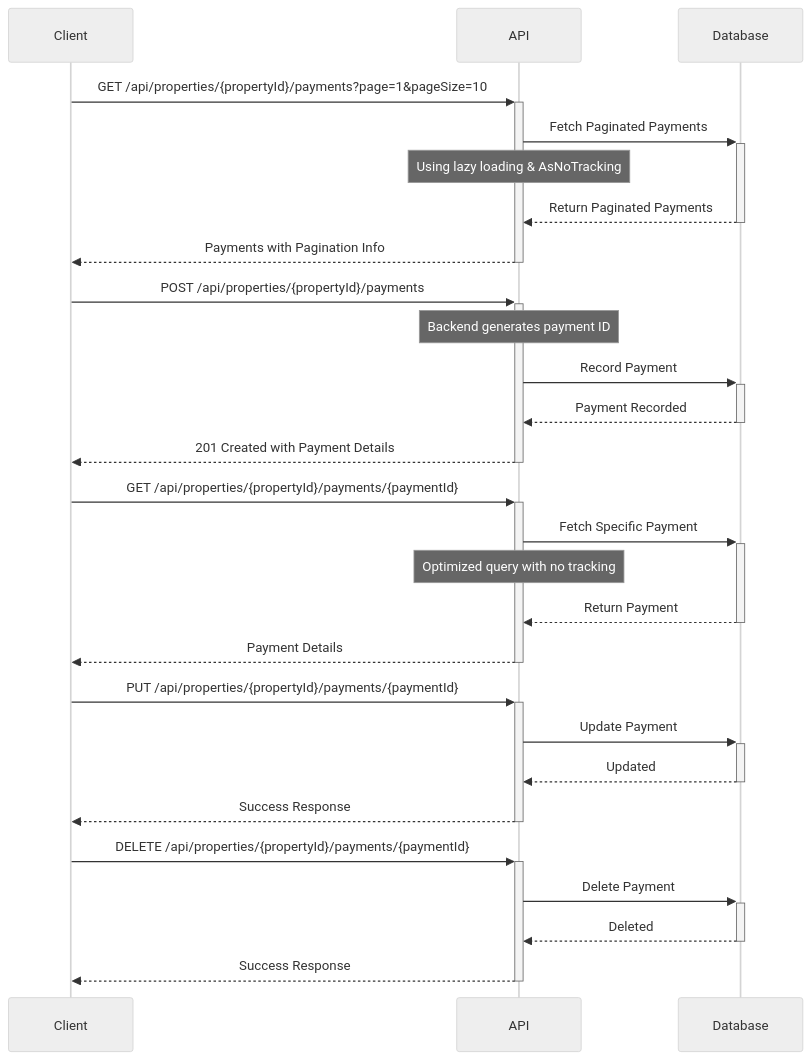
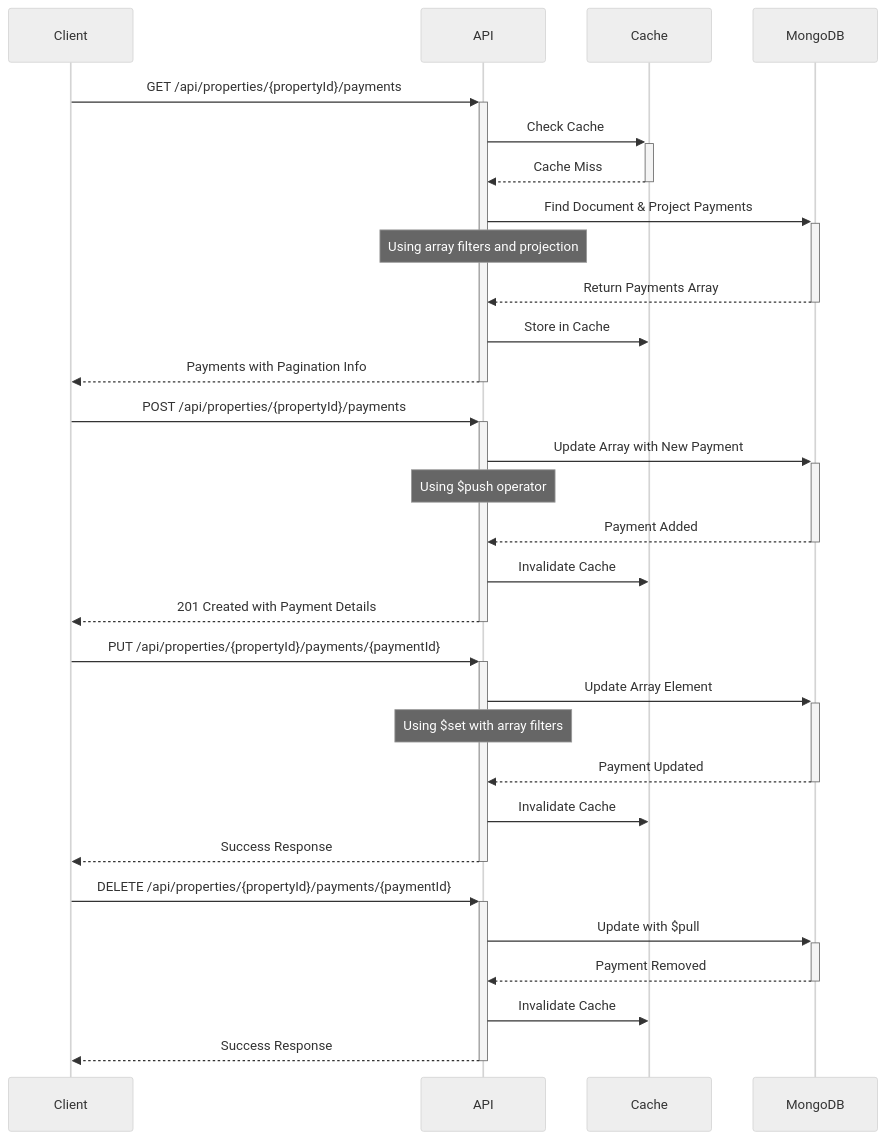
Before and after one commit to rohanmarathe567-code/RentTracker: the seventh of 8 diagrams in README.md, drawn with Mermaid (neutral theme). The commit also changed other lines of this file and 4 other files, not shown here.

````diff
--- a/README.md
+++ b/README.md
@@ -467,34 +530,36 @@
 ```mermaid
 sequenceDiagram
     participant Client
     participant API
-    participant Database
+    participant Cache
+    participant MongoDB
     
-    Client->>+API: GET /api/properties/{propertyId}/payments?page=1&pageSize=10
-    API->>+Database: Fetch Paginated Payments
-    Note over API: Using lazy loading & AsNoTracking
-    Database-->>-API: Return Paginated Payments
+    Client->>+API: GET /api/properties/{propertyId}/payments
+    API->>+Cache: Check Cache
+    Cache-->>-API: Cache Miss
+    API->>+MongoDB: Find Document & Project Payments
+    Note over API: Using array filters and projection
+    MongoDB-->>-API: Return Payments Array
+    API->>Cache: Store in Cache
     API-->>-Client: Payments with Pagination Info
 
     Client->>+API: POST /api/properties/{propertyId}/payments
-    Note over API: Backend generates payment ID
-    API->>+Database: Record Payment
-    Database-->>-API: Payment Recorded
+    API->>+MongoDB: Update Array with New Payment
+    Note over API: Using $push operator
+    MongoDB-->>-API: Payment Added
+    API->>Cache: Invalidate Cache
     API-->>-Client: 201 Created with Payment Details
 
-    Client->>+API: GET /api/properties/{propertyId}/payments/{paymentId}
-    API->>+Database: Fetch Specific Payment
-    Note over API: Optimized query with no tracking
-    Database-->>-API: Return Payment
-    API-->>-Client: Payment Details
-    
     Client->>+API: PUT /api/properties/{propertyId}/payments/{paymentId}
-    API->>+Database: Update Payment
-    Database-->>-API: Updated
+    API->>+MongoDB: Update Array Element
+    Note over API: Using $set with array filters
+    MongoDB-->>-API: Payment Updated
+    API->>Cache: Invalidate Cache
     API-->>-Client: Success Response
     
     Client->>+API: DELETE /api/properties/{propertyId}/payments/{paymentId}
-    API->>+Database: Delete Payment
-    Database-->>-API: Deleted
+    API->>+MongoDB: Update with $pull
+    MongoDB-->>-API: Payment Removed
+    API->>Cache: Invalidate Cache
     API-->>-Client: Success Response
 ```
````
